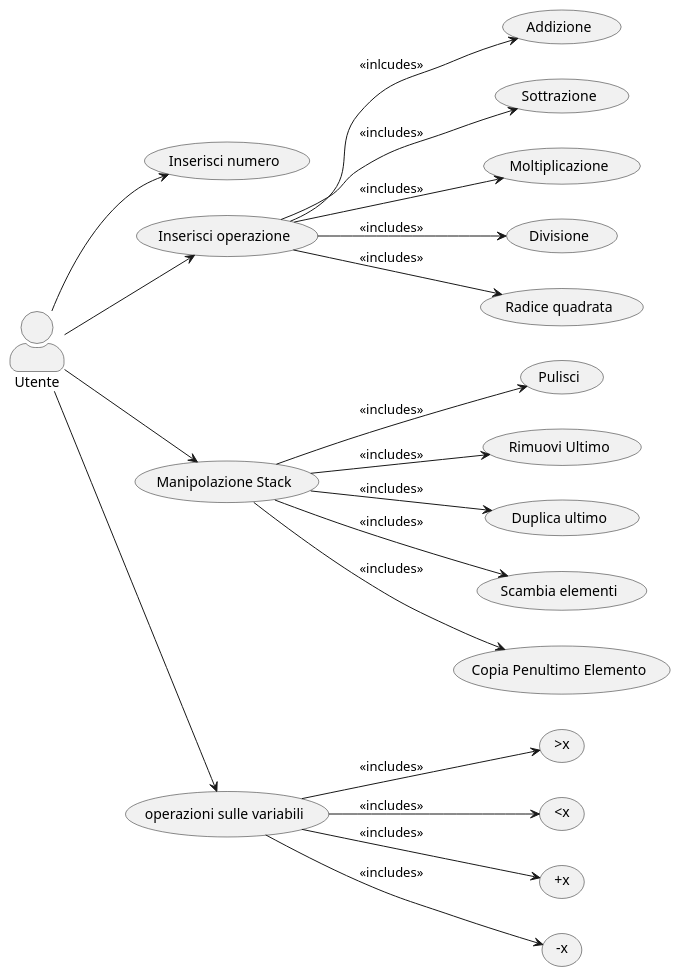
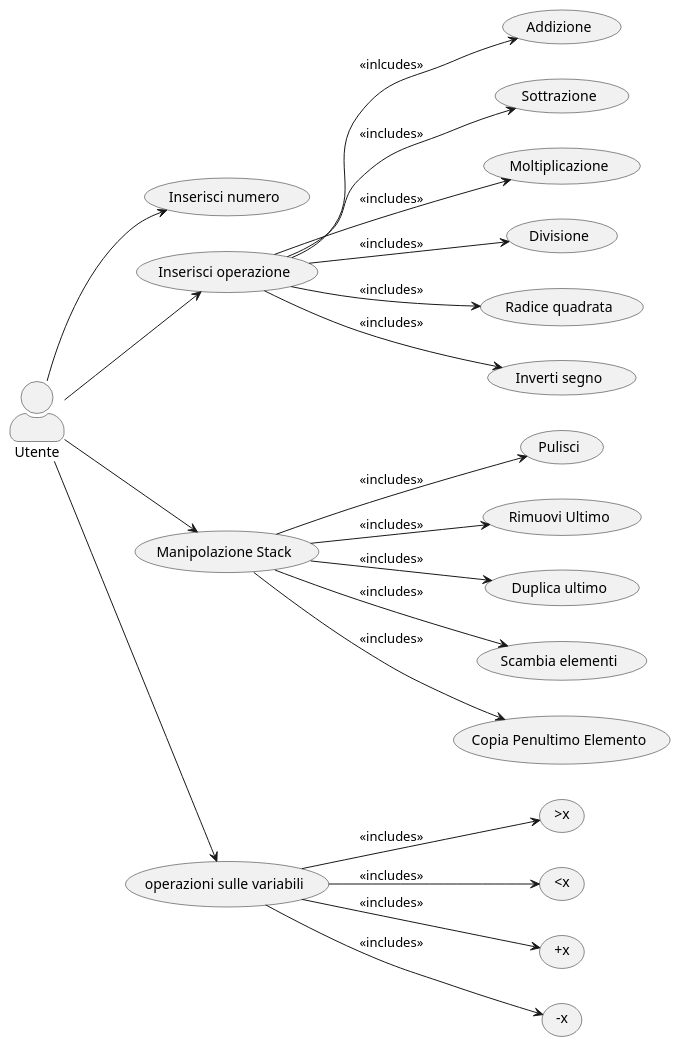
Before and after one commit to LuciaNancyLavista/Gruppo06_software_eng_L.I.V.P: the diagram in CalcolatriceProgrammabile/UseCaseDiagramm/Usecasecal.puml, drawn with PlantUML.

```diff
--- a/CalcolatriceProgrammabile/UseCaseDiagramm/Usecasecal.puml
+++ b/CalcolatriceProgrammabile/UseCaseDiagramm/Usecasecal.puml
@@ -1,54 +1,56 @@
 @startuml calcolatrice
 skinparam actorStyle awesome
 left to right direction
 
 actor "Utente" as user 
 
 
 
 
 usecase "Inserisci numero" as inserisci
 usecase "Inserisci operazione" as operazione
 usecase "Addizione" as add 
 usecase "Sottrazione" as minus
 usecase "Moltiplicazione" as multiply
 usecase "Divisione" as division
-usecase "Radice quadrata" as sqrt 
+usecase "Radice quadrata" as sqrt
+usecase "Inverti segno" as insg 
 
 usecase "Manipolazione Stack" as manipolazione
 usecase "Pulisci" as clear
 usecase "Rimuovi Ultimo" as drop
 usecase "Duplica ultimo" as dup
 usecase "Scambia elementi" as swap
 usecase "Copia Penultimo Elemento" as over 
 
 usecase "operazioni sulle variabili" as Support 
 usecase ">x" as salva 
 usecase "<x" as copia 
 usecase "+x" as sommaVar 
 usecase "-x" as diffVar 
 
 user  --> operazione
 user --> inserisci 
 operazione --> add : <<inlcudes>>
 operazione --> minus : <<includes>>
 operazione --> multiply : <<includes>>
 operazione --> division : <<includes>>
 operazione --> sqrt : <<includes>>
+operazione --> insg : <<includes>>
 
 
 user --> manipolazione 
 manipolazione --> clear : <<includes>>
 manipolazione --> drop : <<includes>>
 manipolazione --> dup : <<includes>>
 manipolazione --> swap : <<includes>>
 manipolazione -->over : <<includes>>
 
 user --> Support 
 Support --> salva : <<includes>>
 Support --> copia : <<includes>>
 Support --> sommaVar : <<includes>>
 Support --> diffVar : <<includes>>
 
 
 @enduml
```
